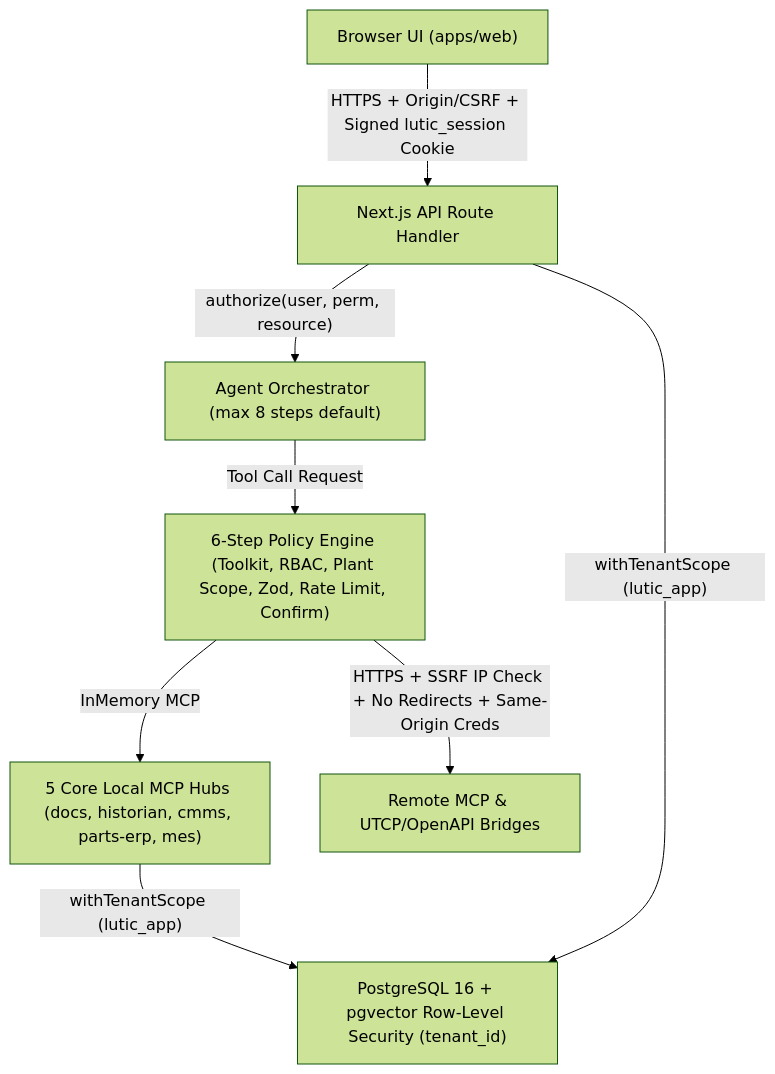
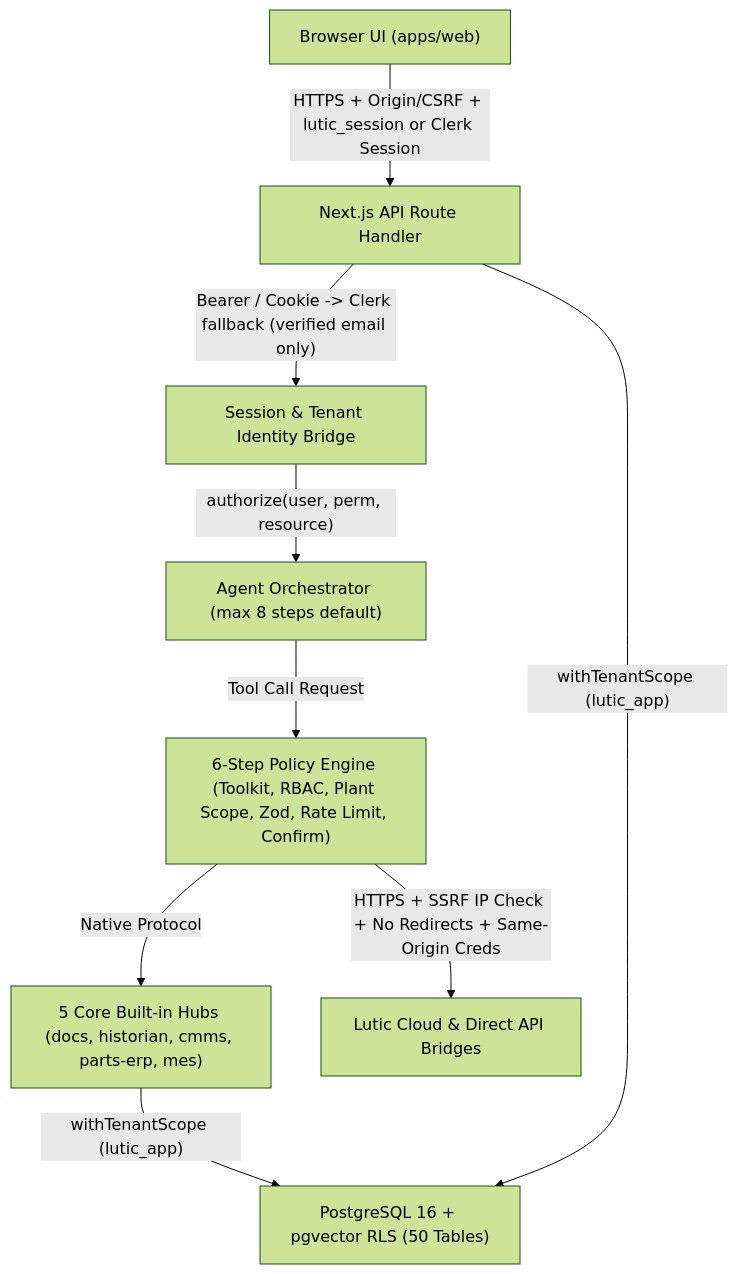
The diagram in SECURITY.md (AyanShah17/Lutic), drawn with Mermaid (forest theme) before and after one commit. The commit also changed other lines of this file and 2 other files, not shown here.

Commit message:
docs(prod): sync README, PRODUCTION, and SECURITY with Clerk auth, board, white-labeling, and 2,118 connectors

````diff
--- a/SECURITY.md
+++ b/SECURITY.md
@@ -7,10 +7,11 @@
 ```mermaid
 flowchart TD
-  Browser["Browser UI (apps/web)"] -->|"HTTPS + Origin/CSRF + Signed lutic_session Cookie"| API["Next.js API Route Handler"]
-  API -->|"authorize(user, perm, resource)"| Orch["Agent Orchestrator (max 8 steps default)"]
+  Browser["Browser UI (apps/web)"] -->|"HTTPS + Origin/CSRF + lutic_session or Clerk Session"| API["Next.js API Route Handler"]
+  API -->|"Bearer / Cookie -> Clerk fallback (verified email only)"| Auth["Session & Tenant Identity Bridge"]
+  Auth -->|"authorize(user, perm, resource)"| Orch["Agent Orchestrator (max 8 steps default)"]
   Orch -->|"Tool Call Request"| Policy["6-Step Policy Engine (Toolkit, RBAC, Plant Scope, Zod, Rate Limit, Confirm)"]
-  Policy -->|"InMemory MCP"| LocalMCP["5 Core Local MCP Hubs (docs, historian, cmms, parts-erp, mes)"]
-  Policy -->|"HTTPS + SSRF IP Check + No Redirects + Same-Origin Creds"| Ext["Remote MCP & UTCP/OpenAPI Bridges"]
-  LocalMCP -->|"withTenantScope (lutic_app)"| DB["PostgreSQL 16 + pgvector Row-Level Security (tenant_id)"]
+  Policy -->|"Native Protocol"| LocalMCP["5 Core Built-in Hubs (docs, historian, cmms, parts-erp, mes)"]
+  Policy -->|"HTTPS + SSRF IP Check + No Redirects + Same-Origin Creds"| Ext["Lutic Cloud & Direct API Bridges"]
+  LocalMCP -->|"withTenantScope (lutic_app)"| DB["PostgreSQL 16 + pgvector RLS (50 Tables)"]
   API -->|"withTenantScope (lutic_app)"| DB
 ```
````
